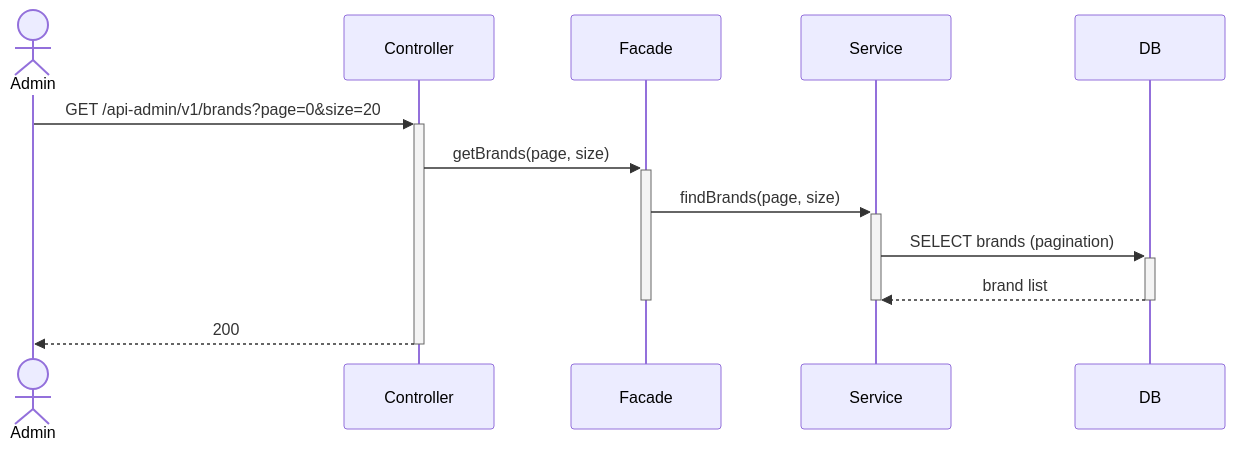
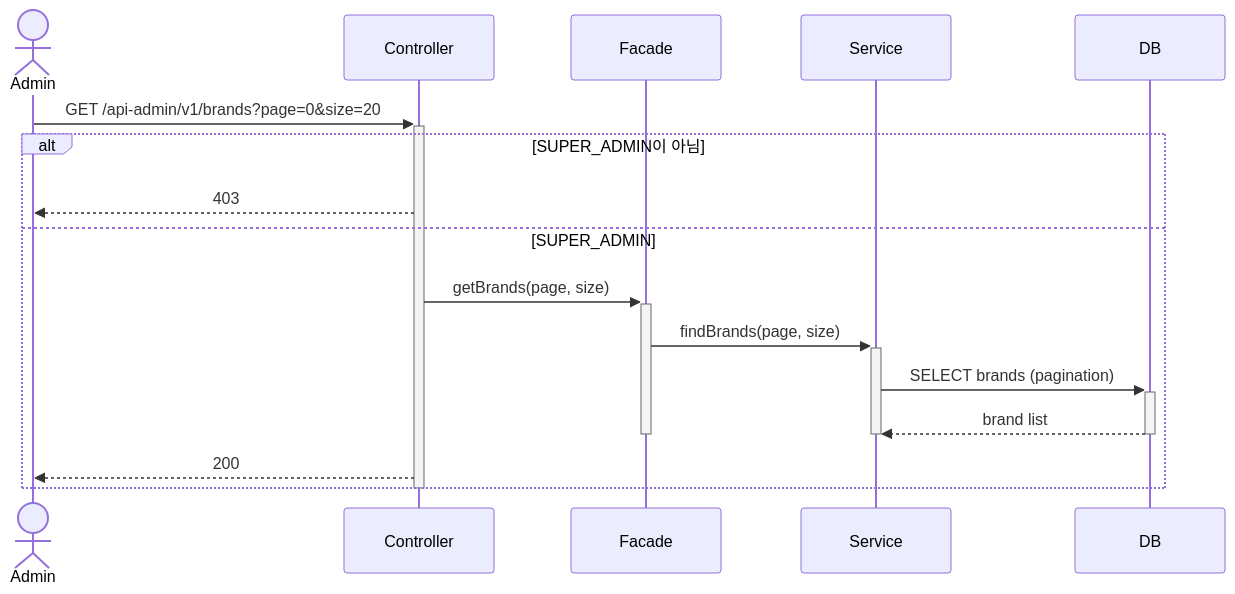
Before and after one commit to loopers-labs/loop-pack-be-l2-vol4-java: diagram 11 of 21 in .docs/design/02-sequence-diagrams.md, drawn with Mermaid. The commit also changed other lines of this file and 3 other files, not shown here.

````diff
--- a/.docs/design/02-sequence-diagrams.md
+++ b/.docs/design/02-sequence-diagrams.md
@@ -329,17 +334,23 @@
 ```mermaid
 sequenceDiagram
     actor Admin
     participant Controller
     participant Facade
     participant Service
     participant DB
 
     Admin->>+Controller: GET /api-admin/v1/brands?page=0&size=20
-    Controller->>+Facade: getBrands(page, size)
-    Facade->>+Service: findBrands(page, size)
-    Service->>+DB: SELECT brands (pagination)
-    DB-->>-Service: brand list
-    deactivate Service
-    deactivate Facade
-    Controller-->>-Admin: 200
+
+    alt SUPER_ADMIN이 아님
+        Controller-->>Admin: 403
+    else SUPER_ADMIN
+        Controller->>+Facade: getBrands(page, size)
+        Facade->>+Service: findBrands(page, size)
+        Service->>+DB: SELECT brands (pagination)
+        DB-->>-Service: brand list
+        deactivate Service
+        deactivate Facade
+        Controller-->>Admin: 200
+    end
+    deactivate Controller
 ```
````
